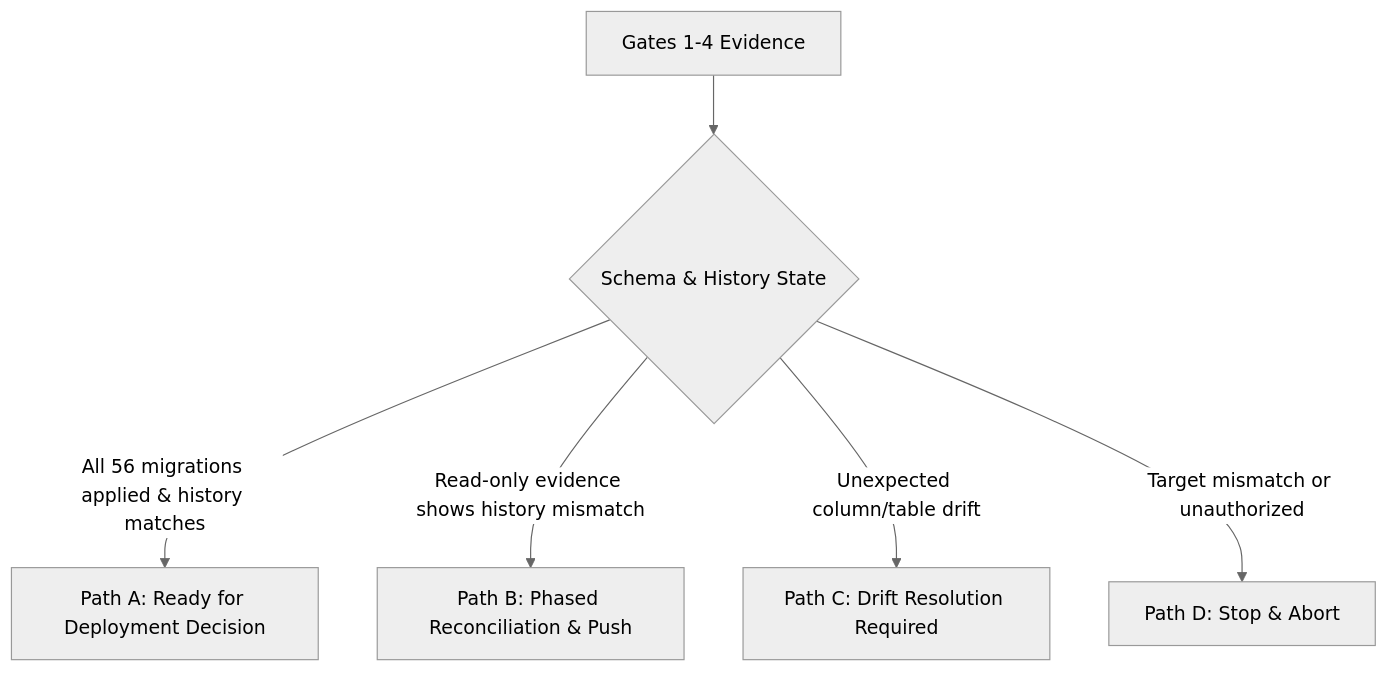
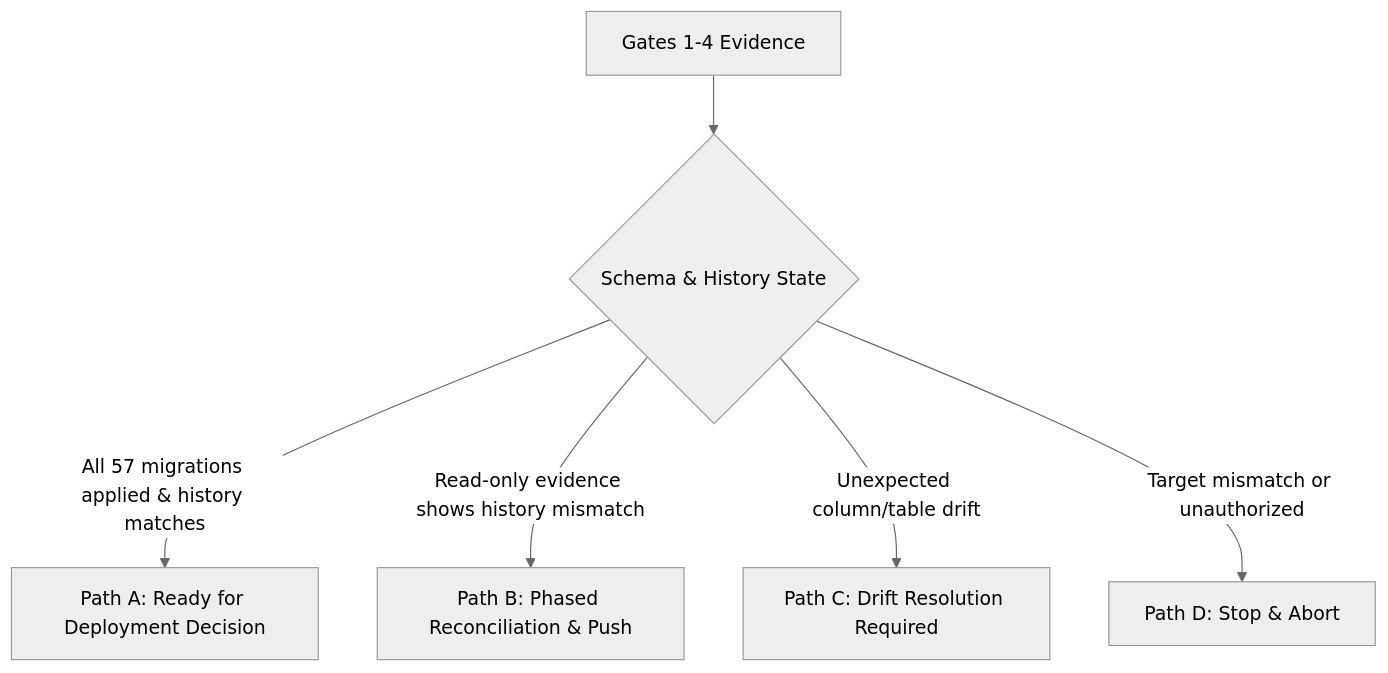
Before and after one commit to acmis1/capstone-impact-platform: the diagram in infra/supabase/staging-reconciliation-runbook.md, drawn with Mermaid (neutral theme). The commit also changed other lines of this file and 117 other files, not shown here.

````diff
--- a/infra/supabase/staging-reconciliation-runbook.md
+++ b/infra/supabase/staging-reconciliation-runbook.md
@@ -241,8 +242,8 @@
 ```mermaid
 flowchart TD
     G[Gates 1-4 Evidence] --> C{Schema & History State}
-    C -->|All 56 migrations applied & history matches| PA[Path A: Ready for Deployment Decision]
+    C -->|All 57 migrations applied & history matches| PA[Path A: Ready for Deployment Decision]
     C -->|Read-only evidence shows history mismatch| PB[Path B: Phased Reconciliation & Push]
     C -->|Unexpected column/table drift| PC[Path C: Drift Resolution Required]
     C -->|Target mismatch or unauthorized| PD[Path D: Stop & Abort]
 ```
````
